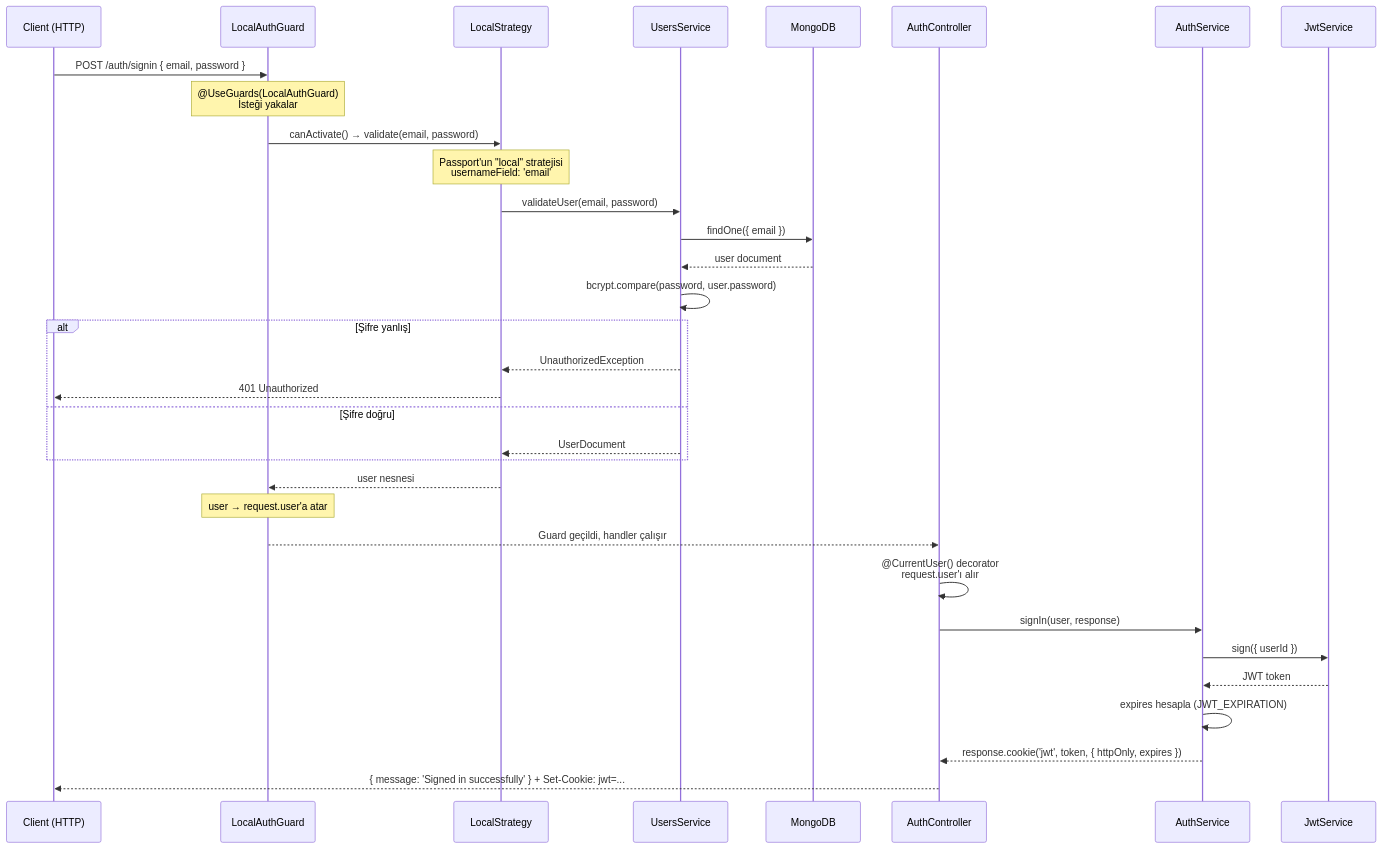
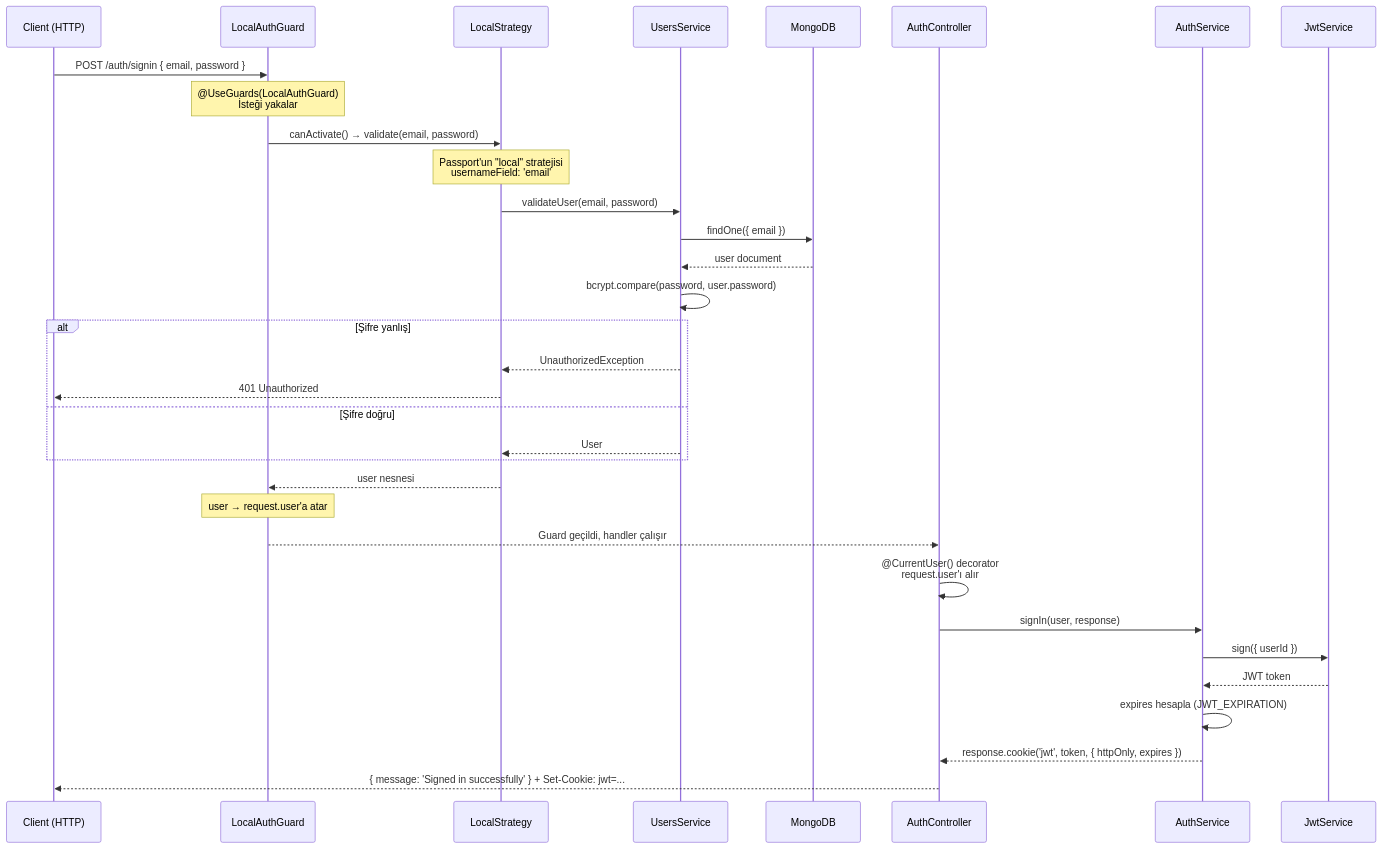
The first of 7 diagrams in docs/AUTH_FLOW.md (HuseyinKaraman/nestjs-microservice), drawn with Mermaid before and after one commit. The commit also changed other lines of this file and 37 other files, not shown here.

````diff
--- a/docs/AUTH_FLOW.md
+++ b/docs/AUTH_FLOW.md
@@ -5,43 +5,43 @@
 ```mermaid
 sequenceDiagram
     participant C as Client (HTTP)
     participant GUARD as LocalAuthGuard
     participant STRATEGY as LocalStrategy
     participant US as UsersService
     participant DB as MongoDB
     participant CTRL as AuthController
     participant SVC as AuthService
     participant JWT as JwtService
 
     C->>GUARD: POST /auth/signin { email, password }
     Note over GUARD: @UseGuards(LocalAuthGuard)<br/>İsteği yakalar
 
     GUARD->>STRATEGY: canActivate() → validate(email, password)
     Note over STRATEGY: Passport'un "local" stratejisi<br/>usernameField: 'email'
 
     STRATEGY->>US: validateUser(email, password)
     US->>DB: findOne({ email })
     DB-->>US: user document
     US->>US: bcrypt.compare(password, user.password)
     
     alt Şifre yanlış
         US-->>STRATEGY: UnauthorizedException
         STRATEGY-->>C: 401 Unauthorized
     else Şifre doğru
-        US-->>STRATEGY: UserDocument
+        US-->>STRATEGY: User
     end
 
     STRATEGY-->>GUARD: user nesnesi
     Note over GUARD: user → request.user'a atar
 
     GUARD-->>CTRL: Guard geçildi, handler çalışır
 
     CTRL->>CTRL: @CurrentUser() decorator<br/>request.user'ı alır
     CTRL->>SVC: signIn(user, response)
     SVC->>JWT: sign({ userId })
     JWT-->>SVC: JWT token
     SVC->>SVC: expires hesapla (JWT_EXPIRATION)
     SVC-->>CTRL: response.cookie('jwt', token, { httpOnly, expires })
 
     CTRL-->>C: { message: 'Signed in successfully' } + Set-Cookie: jwt=...
 ```
````
